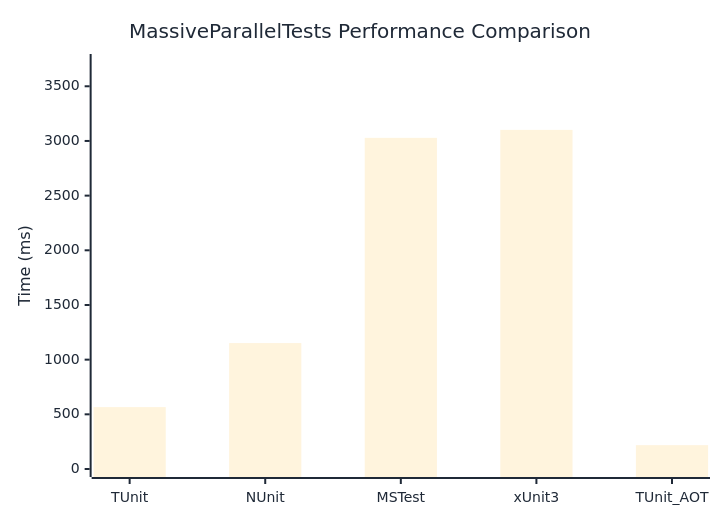
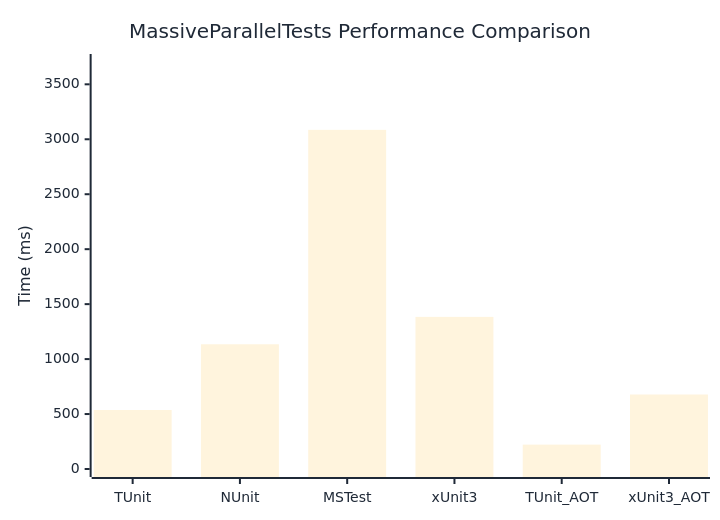
One commit to thomhurst/TUnit changed the diagram in docs/docs/benchmarks/engine/MassiveParallelTests.md. Above: the diagram before and after it, drawn with Mermaid. The commit also changed other lines of this file and 18 other files, not shown here.

````diff
--- a/docs/docs/benchmarks/engine/MassiveParallelTests.md
+++ b/docs/docs/benchmarks/engine/MassiveParallelTests.md
@@ -29,37 +30,37 @@
 ```mermaid
 %%{init: {
   'theme':'base',
   'themeVariables': {
     'primaryColor': '#2563eb',
     'primaryTextColor': '#1f2937',
     'primaryBorderColor': '#1e40af',
     'lineColor': '#6b7280',
     'secondaryColor': '#7c3aed',
     'tertiaryColor': '#dc2626',
     'background': '#ffffff',
     'mainBkg': '#2563eb',
     'secondBkg': '#7c3aed',
     'tertiaryBkg': '#dc2626',
     'clusterBkg': '#f3f4f6',
     'edgeLabelBackground': '#ffffff',
     'tertiaryTextColor': '#1f2937',
     'pie1': '#2563eb',
     'pie2': '#7c3aed',
     'pie3': '#dc2626',
     'pie4': '#f59e0b',
     'pie5': '#10b981',
     'pie6': '#06b6d4',
     'pie7': '#ec4899',
     'pie8': '#6366f1',
     'pie9': '#84cc16',
     'pie10': '#f97316',
     'pie11': '#14b8a6',
     'pie12': '#a855f7'
   }
 }}%%
 xychart-beta
   title "MassiveParallelTests Performance Comparison"
-  x-axis ["TUnit", "NUnit", "MSTest", "xUnit3", "TUnit_AOT"]
-  y-axis "Time (ms)" 0 --> 3722
-  bar [566, 1151.5, 3028.4, 3101.4, 218]
+  x-axis ["TUnit", "NUnit", "MSTest", "xUnit3", "TUnit_AOT", "xUnit3_AOT"]
+  y-axis "Time (ms)" 0 --> 3703
+  bar [537, 1134.8, 3085.7, 1384.1, 221.8, 677.9]
 ```
````
